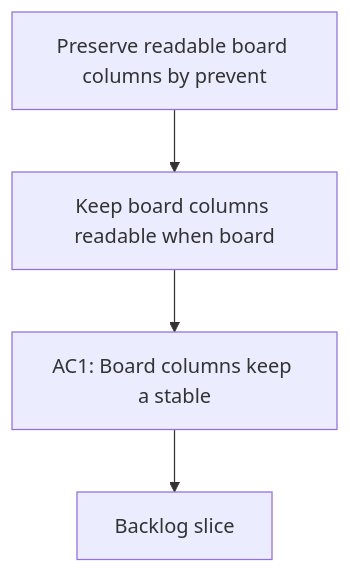
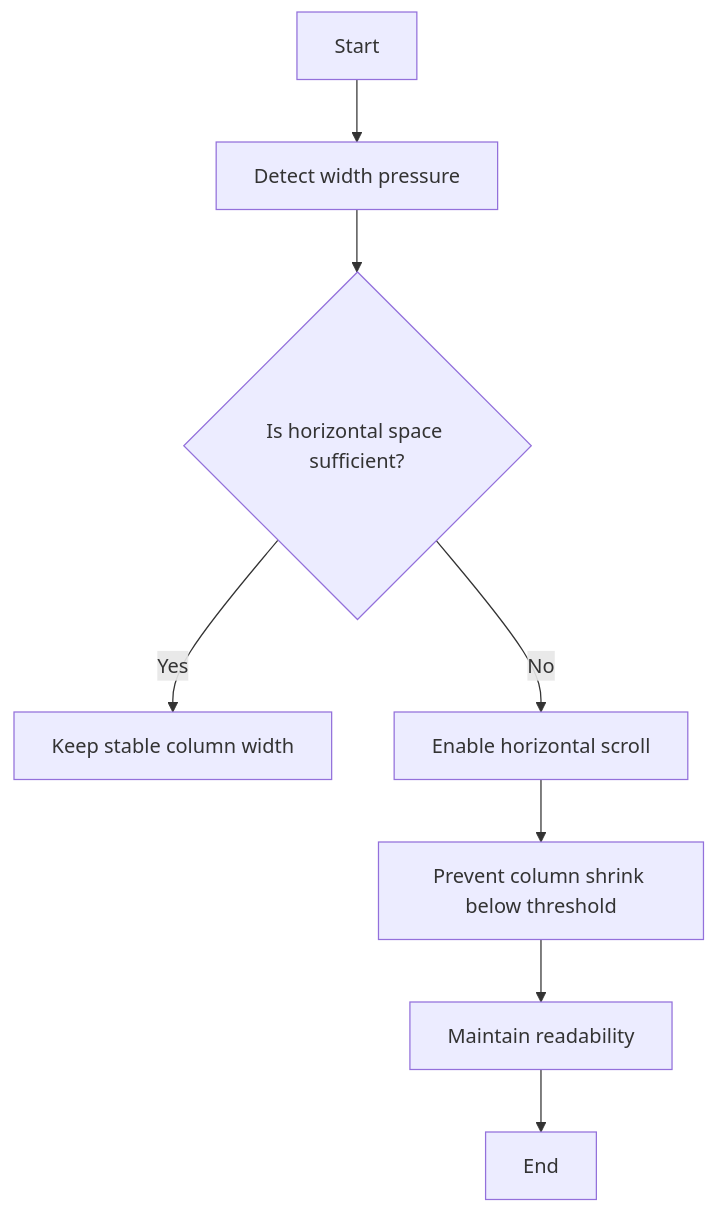
One commit to AlexAgo83/logics-manager changed the diagram in logics/request/req_053_preserve_readable_board_columns_by_preventing_column_compression.md. Above: the diagram before and after it, drawn with Mermaid. The commit also changed other lines of this file and 54 other files, not shown here.

````diff
--- a/logics/request/req_053_preserve_readable_board_columns_by_preventing_column_compression.md
+++ b/logics/request/req_053_preserve_readable_board_columns_by_preventing_column_compression.md
@@ -10,8 +10,12 @@
 ```mermaid
 %% logics-kind: request
 %% logics-signature: request|preserve-readable-board-columns-by-preve|keep-board-columns-readable-when-board|ac1-board-columns-keep-a-stable
 flowchart TD
-    Trigger[Preserve readable board columns by prevent] --> Need[Keep board columns readable when board]
-    Need --> Outcome[AC1: Board columns keep a stable]
-    Outcome --> Backlog[Backlog slice]
+    A[Start] --> B[Detect width pressure]
+    B --> C{Is horizontal space sufficient?}
+    C -- Yes --> D[Keep stable column width]
+    C -- No --> E[Enable horizontal scroll]
+    E --> F[Prevent column shrink below threshold]
+    F --> G[Maintain readability]
+    G --> H[End]
 ```
````
